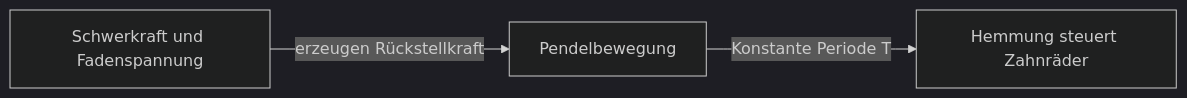
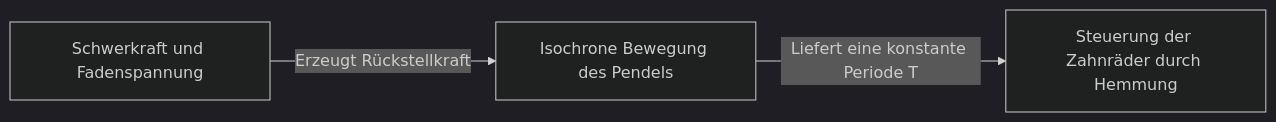
One commit to kenjinote/blog changed the second of 3 diagrams in content/post/history-of-timekeeping-technology/index.de.md. Above: the diagram before and after it, drawn with Mermaid (dark theme). The commit also changed other lines of this file and 129 other files, not shown here.

````diff
--- a/content/post/history-of-timekeeping-technology/index.de.md
+++ b/content/post/history-of-timekeeping-technology/index.de.md
@@ -36,5 +41,5 @@
 ```mermaid
 graph LR
-    A["Schwerkraft und Fadenspannung"] -- "erzeugen Rückstellkraft" --> B["Pendelbewegung"]
-    B -- "Konstante Periode T" --> C["Hemmung steuert Zahnräder"]
+    A["Schwerkraft und Fadenspannung"] -- "Erzeugt Rückstellkraft" --> B["Isochrone Bewegung des Pendels"]
+    B -- "Liefert eine konstante Periode T" --> C["Steuerung der Zahnräder durch Hemmung"]
 ```
````
